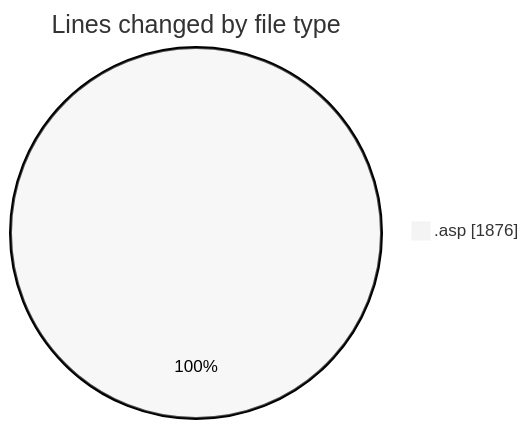
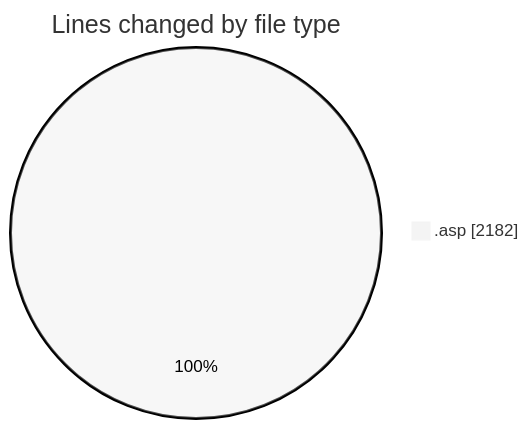
Before and after one commit to julien-gomy/code-tracking: the first of 2 diagrams in 2025-10-31/cdp_aleoudev_fr__workspace_/README.md, drawn with Mermaid (neutral theme). The commit also changed other lines of this file and 1 other file, not shown here.

````diff
--- a/2025-10-31/cdp_aleoudev_fr__workspace_/README.md
+++ b/2025-10-31/cdp_aleoudev_fr__workspace_/README.md
@@ -21,5 +21,5 @@
 ```mermaid
 pie showData
 title Lines changed by file type
-".asp" : 1876
+".asp" : 2182
 ```
````
